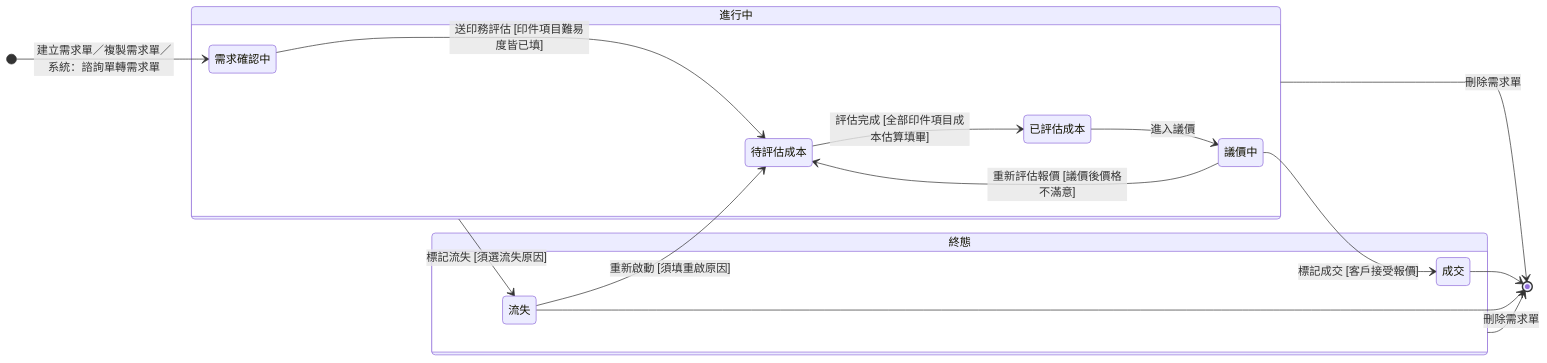
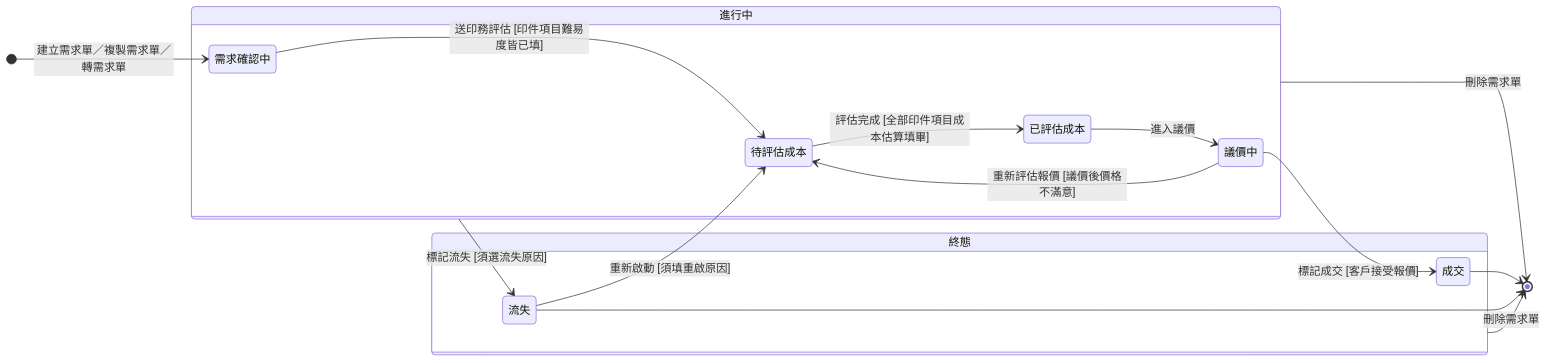
One commit to Kawato-Miles/erp-spec changed the diagram in memory/Sens_wiki/wiki/erp/06-state-machines/需求單狀態.md. Above: the diagram before and after it, drawn with Mermaid. The commit also changed other lines of this file and 26 other files, not shown here.

````diff
--- a/memory/Sens_wiki/wiki/erp/06-state-machines/需求單狀態.md
+++ b/memory/Sens_wiki/wiki/erp/06-state-machines/需求單狀態.md
@@ -44,32 +45,32 @@
 ```mermaid
 stateDiagram-v2
     direction LR
 
-    [*] --> s_confirm : 建立需求單／複製需求單／系統：諮詢單轉需求單
+    [*] --> s_confirm : 建立需求單／複製需求單／轉需求單
 
     state "進行中" as InProgress {
         direction LR
         state "需求確認中" as s_confirm
         state "待評估成本" as s_wait
         state "已評估成本" as s_est
         state "議價中" as s_nego
         s_confirm --> s_wait : 送印務評估 [印件項目難易度皆已填]
         s_wait --> s_est : 評估完成 [全部印件項目成本估算填畢]
         s_est --> s_nego : 進入議價
         s_nego --> s_wait : 重新評估報價 [議價後價格不滿意]
     }
 
     state "終態" as Final {
         state "成交" as s_won
         state "流失" as s_lost
     }
 
     s_nego --> s_won : 標記成交 [客戶接受報價]
     InProgress --> s_lost : 標記流失 [須選流失原因]
     s_lost --> s_wait : 重新啟動 [須填重啟原因]
 
     s_won --> [*]
     s_lost --> [*]
     InProgress --> [*] : 刪除需求單
     Final --> [*] : 刪除需求單
 ```
````
